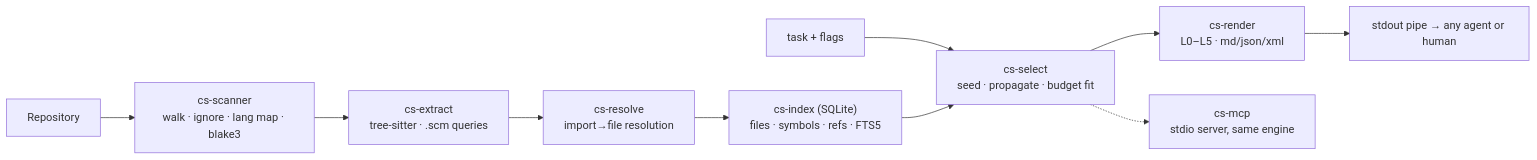
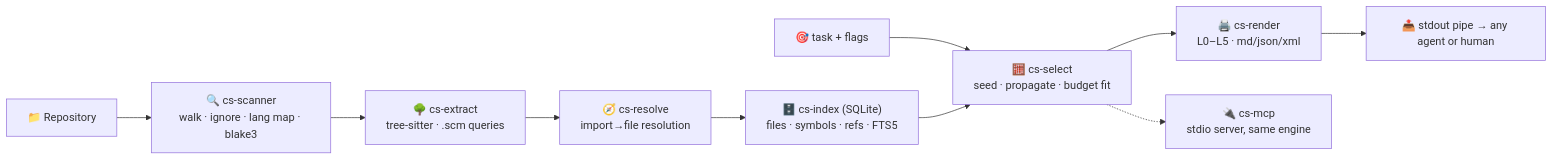
The diagram in README.md (qwerpik/contextslice), drawn with Mermaid before and after one commit. The commit also changed other lines of this file and 1 other file, not shown here.

````diff
--- a/README.md
+++ b/README.md
@@ -130,12 +137,12 @@
 ```mermaid
 flowchart LR
-    Repo["Repository"] --> SC["cs-scanner<br/>walk · ignore · lang map · blake3"]
-    SC --> EX["cs-extract<br/>tree-sitter · .scm queries"]
-    EX --> RE["cs-resolve<br/>import→file resolution"]
-    RE --> IDX["cs-index (SQLite)<br/>files · symbols · refs · FTS5"]
-    Task["task + flags"] --> SE["cs-select<br/>seed · propagate · budget fit"]
+    Repo["📁 Repository"] --> SC["🔍 cs-scanner<br/>walk · ignore · lang map · blake3"]
+    SC --> EX["🌳 cs-extract<br/>tree-sitter · .scm queries"]
+    EX --> RE["🧭 cs-resolve<br/>import→file resolution"]
+    RE --> IDX["🗄️ cs-index (SQLite)<br/>files · symbols · refs · FTS5"]
+    Task["🎯 task + flags"] --> SE["🧮 cs-select<br/>seed · propagate · budget fit"]
     IDX --> SE
-    SE --> RN["cs-render<br/>L0–L5 · md/json/xml"]
-    RN --> OUT["stdout pipe → any agent or human"]
-    SE -.-> MCP["cs-mcp<br/>stdio server, same engine"]
+    SE --> RN["🖨️ cs-render<br/>L0–L5 · md/json/xml"]
+    RN --> OUT["📤 stdout pipe → any agent or human"]
+    SE -.-> MCP["🔌 cs-mcp<br/>stdio server, same engine"]
 ```
````
